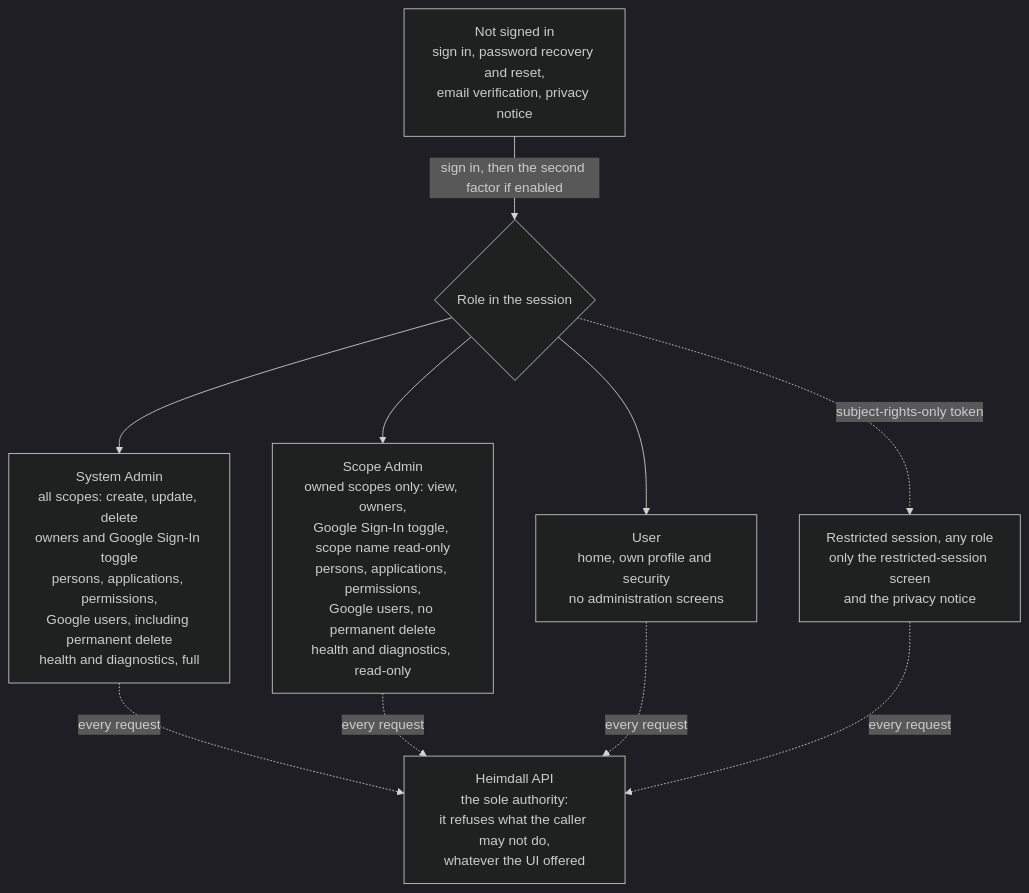
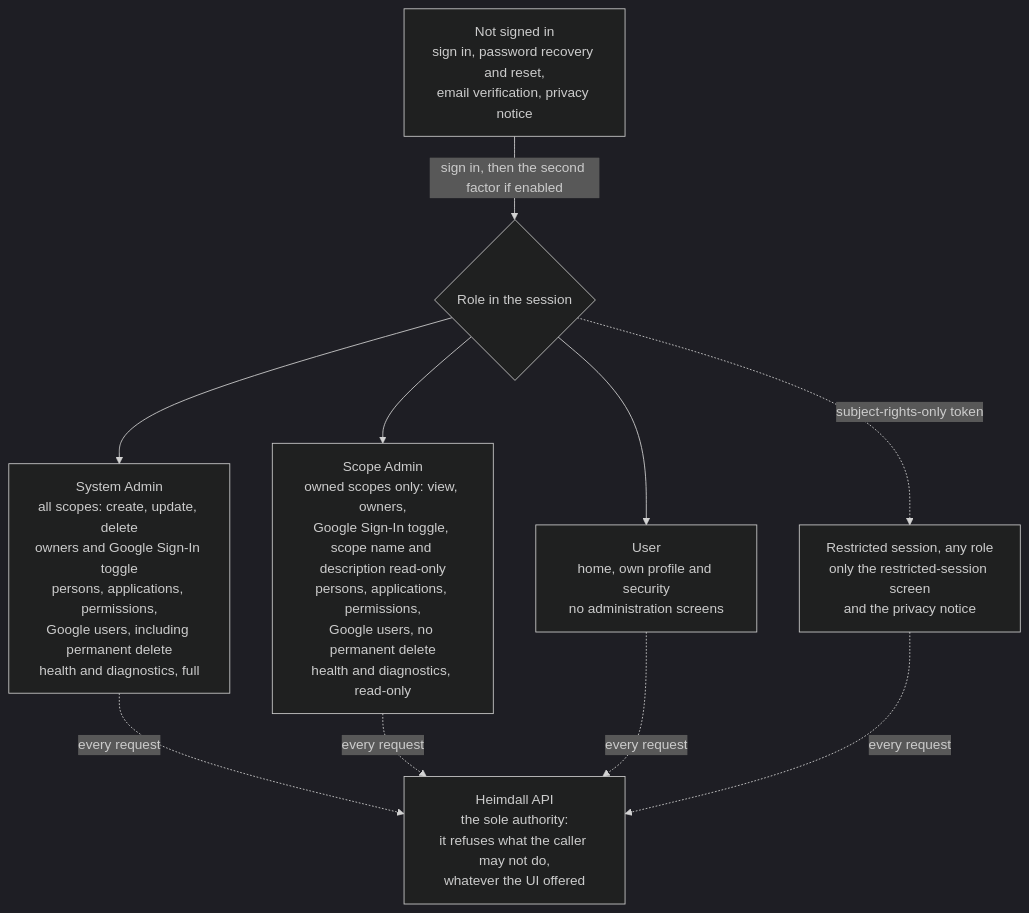
The fifth of 5 diagrams in content/en/docs/architecture/_index.md (artur-rios/heimdall-docs), drawn with Mermaid (dark theme) before and after one commit. The commit also changed other lines of this file, not shown here.

Commit message:
fix: correct four heimdall architecture claims

````diff
--- a/content/en/docs/architecture/_index.md
+++ b/content/en/docs/architecture/_index.md
@@ -250,20 +253,20 @@
 ```mermaid
 flowchart TD
     anon["Not signed in<br/>sign in, password recovery and reset,<br/>email verification, privacy notice"]
     role{"Role in the session"}
     sa["System Admin<br/>all scopes: create, update, delete<br/>owners and Google Sign-In toggle<br/>persons, applications, permissions,<br/>Google users, including permanent delete<br/>health and diagnostics, full"]
-    sc["Scope Admin<br/>owned scopes only: view, owners,<br/>Google Sign-In toggle, scope name read-only<br/>persons, applications, permissions,<br/>Google users, no permanent delete<br/>health and diagnostics, read-only"]
+    sc["Scope Admin<br/>owned scopes only: view, owners,<br/>Google Sign-In toggle, scope name and description read-only<br/>persons, applications, permissions,<br/>Google users, no permanent delete<br/>health and diagnostics, read-only"]
     usr["User<br/>home, own profile and security<br/>no administration screens"]
     rs["Restricted session, any role<br/>only the restricted-session screen<br/>and the privacy notice"]
     auth["Heimdall API<br/>the sole authority:<br/>it refuses what the caller may not do,<br/>whatever the UI offered"]
 
     anon -->|"sign in, then the second factor if enabled"| role
     role --> sa
     role --> sc
     role --> usr
     role -.->|"subject-rights-only token"| rs
     sa -.->|"every request"| auth
     sc -.->|"every request"| auth
     usr -.->|"every request"| auth
     rs -.->|"every request"| auth
 ```
````
